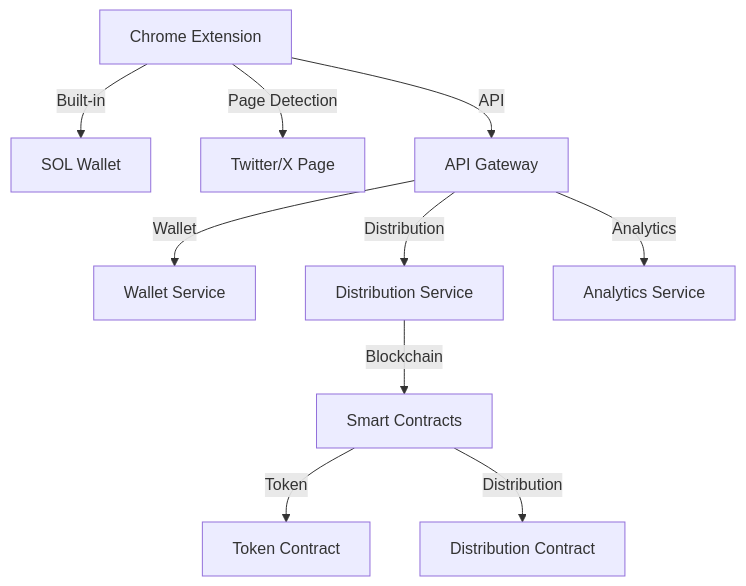
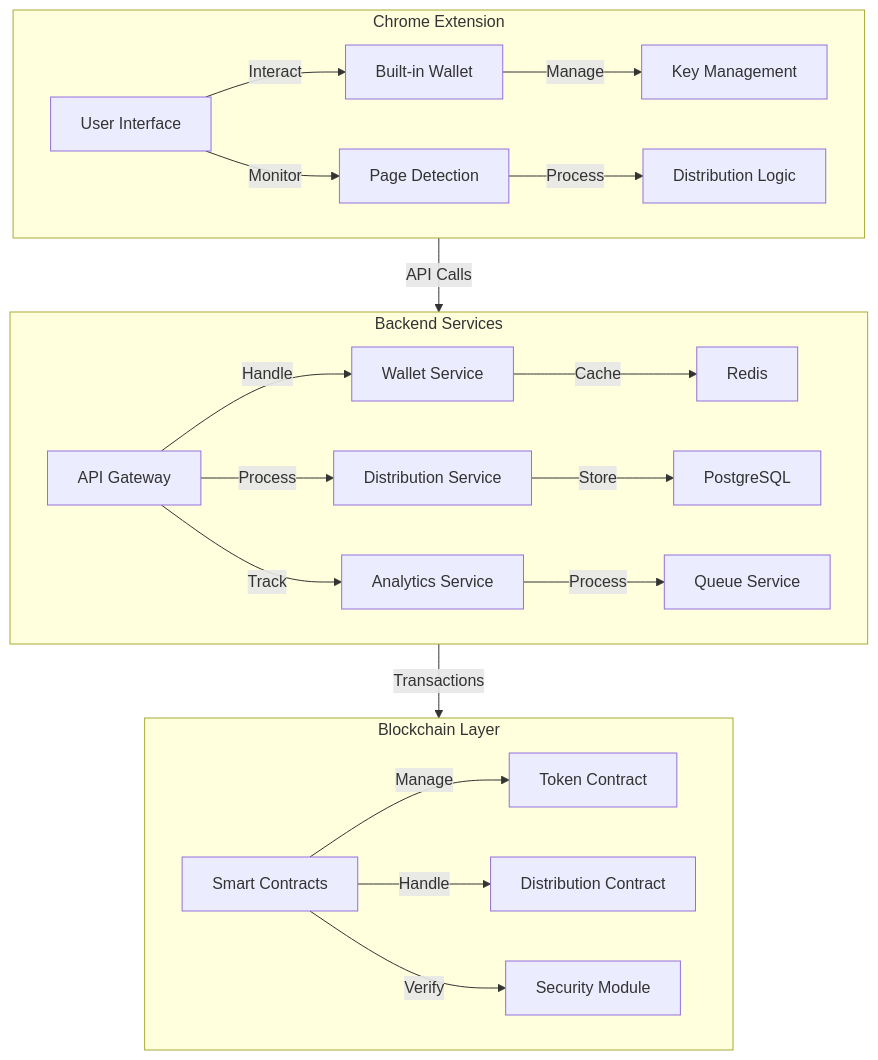
Before and after one commit to MEMEFANS/memefans: the first of 2 diagrams in docs/architecture.md, drawn with Mermaid. The commit also changed other lines of this file and 21 other files, not shown here.

Commit message:
docs: update market strategy and technical details with comprehensive diagrams

````diff
--- a/docs/architecture.md
+++ b/docs/architecture.md
@@ -28,12 +7,27 @@
 ```mermaid
 graph TD
-    A[Chrome Extension] -->|Built-in| B[SOL Wallet]
-    A -->|Page Detection| C[Twitter/X Page]
-    A -->|API| D[API Gateway]
-    D -->|Wallet| E[Wallet Service]
-    D -->|Distribution| F[Distribution Service]
-    D -->|Analytics| G[Analytics Service]
-    F -->|Blockchain| H[Smart Contracts]
-    H -->|Token| I[Token Contract]
-    H -->|Distribution| J[Distribution Contract]
+    subgraph Frontend [Chrome Extension]
+        A[User Interface] -->|Interact| B[Built-in Wallet]
+        A -->|Monitor| C[Page Detection]
+        B -->|Manage| D[Key Management]
+        C -->|Process| E[Distribution Logic]
+    end
+    
+    subgraph Backend [Backend Services]
+        F[API Gateway] -->|Handle| G[Wallet Service]
+        F -->|Process| H[Distribution Service]
+        F -->|Track| I[Analytics Service]
+        G -->|Cache| J[Redis]
+        H -->|Store| K[PostgreSQL]
+        I -->|Process| L[Queue Service]
+    end
+    
+    subgraph Blockchain [Blockchain Layer]
+        M[Smart Contracts] -->|Manage| N[Token Contract]
+        M -->|Handle| O[Distribution Contract]
+        M -->|Verify| P[Security Module]
+    end
+    
+    Frontend -->|API Calls| Backend
+    Backend -->|Transactions| Blockchain
 ```
````
